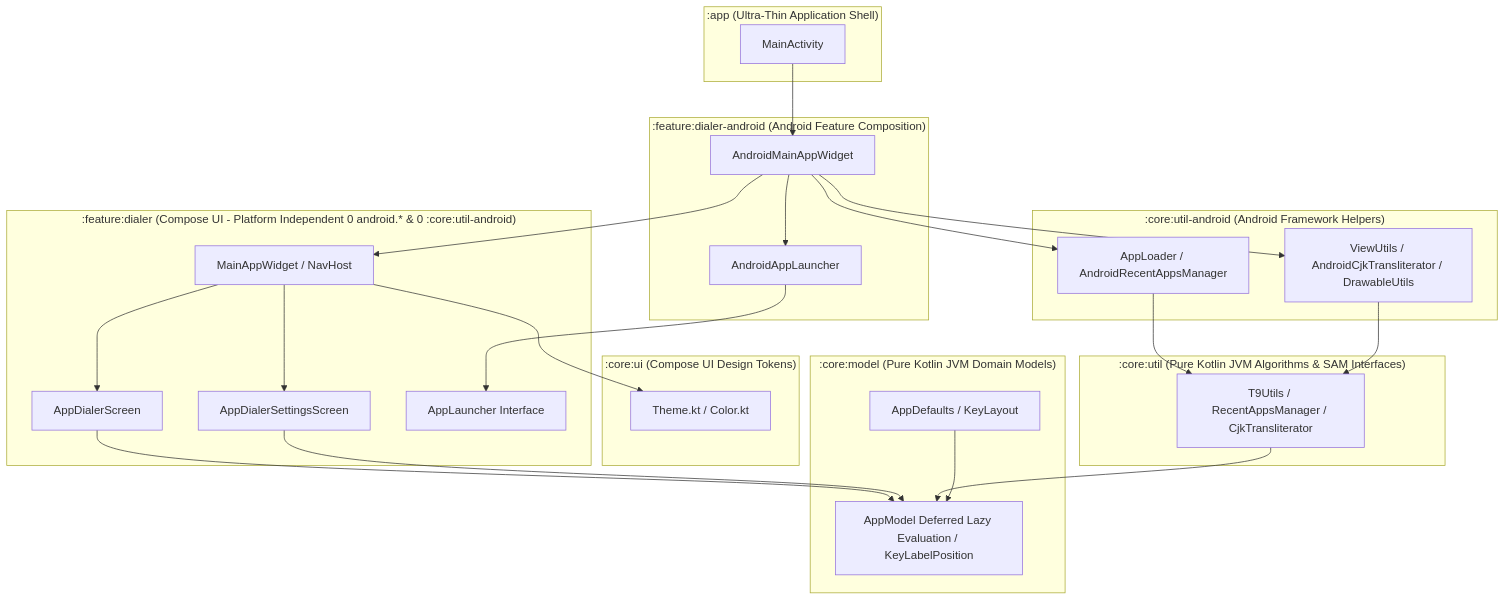
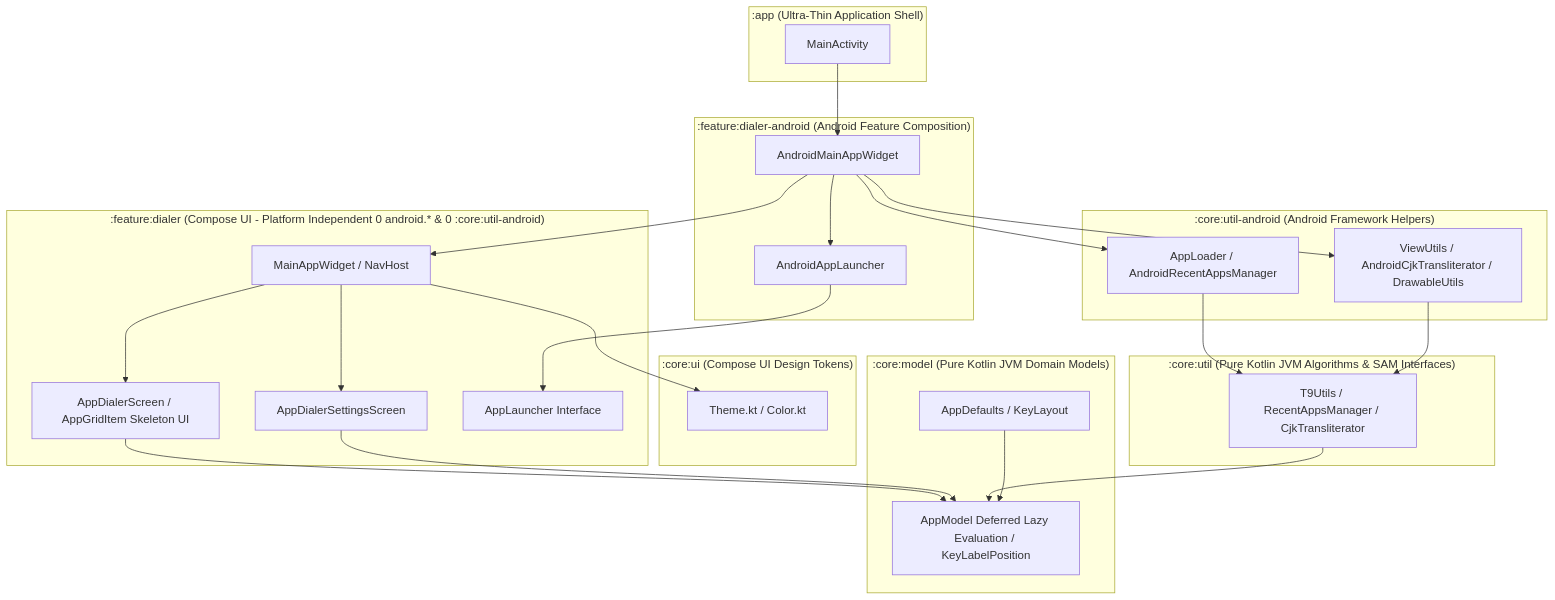
The diagram in ARCHITECTURE.md (yongjhih/app-dialer-app), drawn with Mermaid before and after one commit. The commit also changed other lines of this file, not shown here.

Commit message:
docs: Document async icon loading with Skeleton Placeholder in ARCHITECTURE.md

````diff
--- a/ARCHITECTURE.md
+++ b/ARCHITECTURE.md
@@ -15,52 +15,52 @@
 ```mermaid
 graph TD
     subgraph ":app (Ultra-Thin Application Shell)"
         A[MainActivity]
     end
 
     subgraph ":feature:dialer-android (Android Feature Composition)"
         B[AndroidMainAppWidget]
         C[AndroidAppLauncher]
     end
 
     subgraph ":feature:dialer (Compose UI - Platform Independent 0 android.* & 0 :core:util-android)"
         D[MainAppWidget / NavHost]
-        E[AppDialerScreen]
+        E[AppDialerScreen / AppGridItem Skeleton UI]
         F[AppDialerSettingsScreen]
         G[AppLauncher Interface]
     end
 
     subgraph ":core:ui (Compose UI Design Tokens)"
         H[Theme.kt / Color.kt]
     end
 
     subgraph ":core:util-android (Android Framework Helpers)"
         I[AppLoader / AndroidRecentAppsManager]
         J[ViewUtils / AndroidCjkTransliterator / DrawableUtils]
     end
 
     subgraph ":core:util (Pure Kotlin JVM Algorithms & SAM Interfaces)"
         K[T9Utils / RecentAppsManager / CjkTransliterator]
     end
 
     subgraph ":core:model (Pure Kotlin JVM Domain Models)"
         L[AppModel Deferred Lazy Evaluation / KeyLabelPosition]
         M[AppDefaults / KeyLayout]
     end
 
     A --> B
     B --> C
     B --> D
     C --> G
     D --> E
     D --> F
     D --> H
     B --> I
     B --> J
     E --> L
     F --> L
     I --> K
     J --> K
     K --> L
     M --> L
 ```
````
